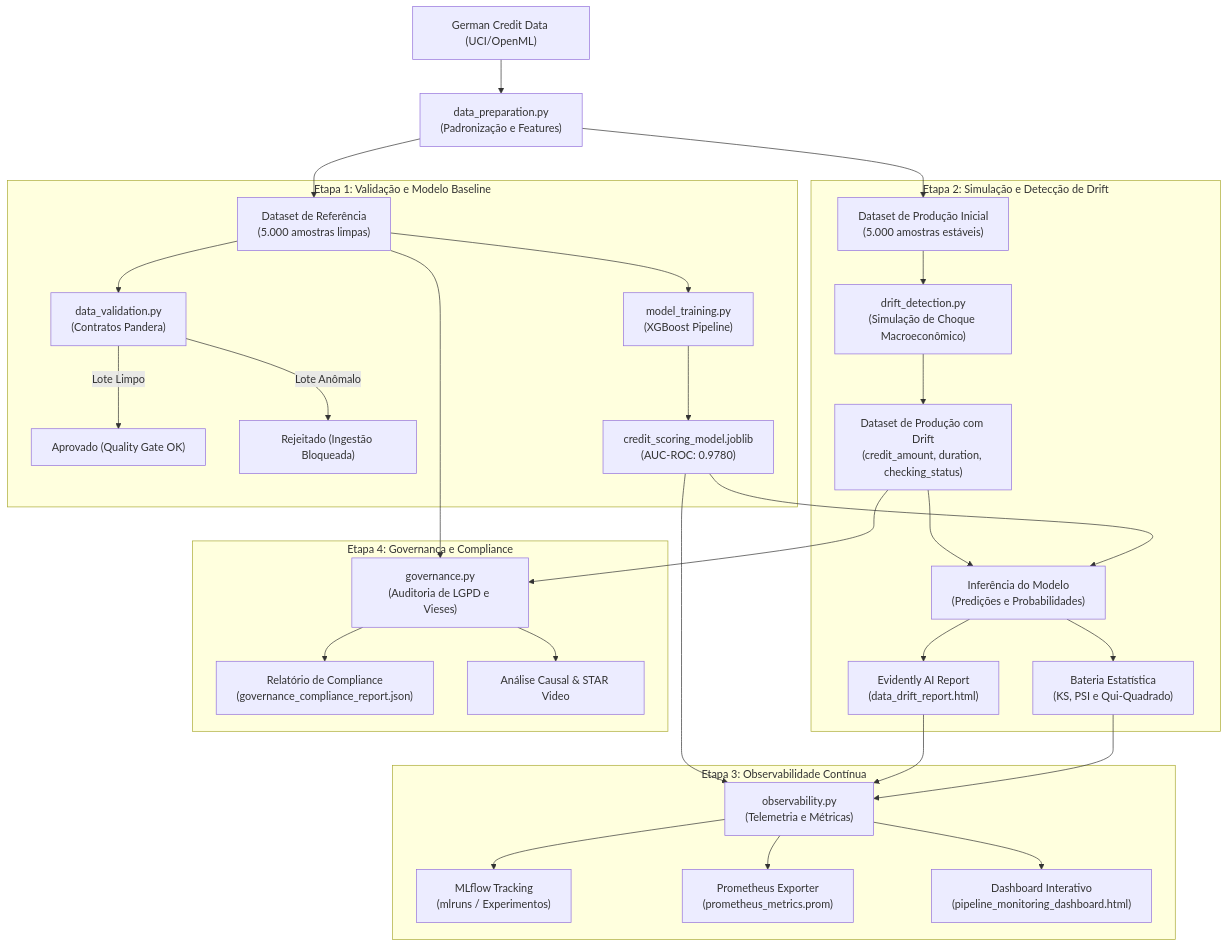
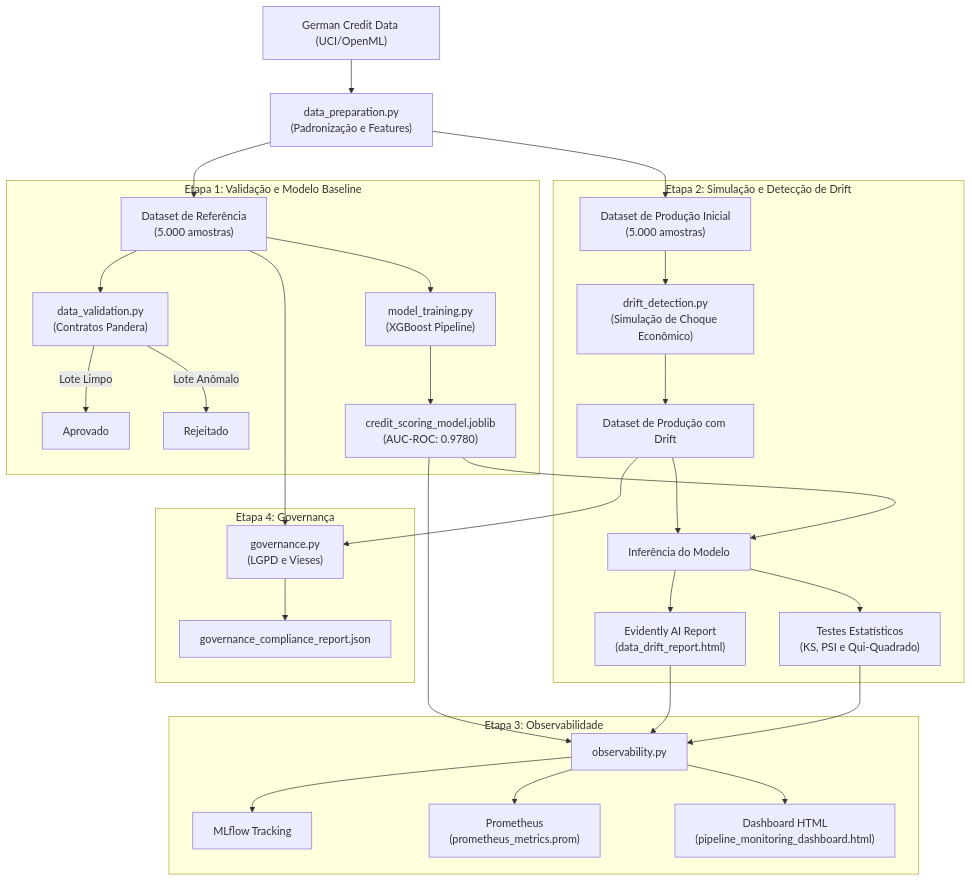
Before and after one commit to RaphaelDyorgenes/Detecao-de-Drift-e-Qualidade-de-Dados: the first of 2 diagrams in README.md, drawn with Mermaid. The commit also changed other lines of this file and 11 other files, not shown here.

````diff
--- a/README.md
+++ b/README.md
@@ -74,36 +53,35 @@
 ```mermaid
 flowchart TD
     A["German Credit Data (UCI/OpenML)"] --> B["data_preparation.py\n(Padronização e Features)"]
-    B --> C["Dataset de Referência\n(5.000 amostras limpas)"]
-    B --> D["Dataset de Produção Inicial\n(5.000 amostras estáveis)"]
-    
+    B --> C["Dataset de Referência\n(5.000 amostras)"]
+    B --> D["Dataset de Produção Inicial\n(5.000 amostras)"]
+
     subgraph ETAPA_1 ["Etapa 1: Validação e Modelo Baseline"]
         C --> E["data_validation.py\n(Contratos Pandera)"]
-        E -->|Lote Limpo| F["Aprovado (Quality Gate OK)"]
-        E -->|Lote Anômalo| G["Rejeitado (Ingestão Bloqueada)"]
+        E -->|Lote Limpo| F["Aprovado"]
+        E -->|Lote Anômalo| G["Rejeitado"]
         C --> H["model_training.py\n(XGBoost Pipeline)"]
         H --> I["credit_scoring_model.joblib\n(AUC-ROC: 0.9780)"]
     end
-    
+
     subgraph ETAPA_2 ["Etapa 2: Simulação e Detecção de Drift"]
-        D --> J["drift_detection.py\n(Simulação de Choque Macroeconômico)"]
-        J --> K["Dataset de Produção com Drift\n(credit_amount, duration, checking_status)"]
-        I --> L["Inferência do Modelo\n(Predições e Probabilidades)"]
+        D --> J["drift_detection.py\n(Simulação de Choque Econômico)"]
+        J --> K["Dataset de Produção com Drift"]
+        I --> L["Inferência do Modelo"]
         K --> L
-        L --> M["Bateria Estatística\n(KS, PSI e Qui-Quadrado)"]
+        L --> M["Testes Estatísticos\n(KS, PSI e Qui-Quadrado)"]
         L --> N["Evidently AI Report\n(data_drift_report.html)"]
     end
 
-    subgraph ETAPA_3 ["Etapa 3: Observabilidade Contínua"]
-        M & N & I --> O["observability.py\n(Telemetria e Métricas)"]
-        O --> P["MLflow Tracking\n(mlruns / Experimentos)"]
-        O --> Q["Prometheus Exporter\n(prometheus_metrics.prom)"]
-        O --> R["Dashboard Interativo\n(pipeline_monitoring_dashboard.html)"]
+    subgraph ETAPA_3 ["Etapa 3: Observabilidade"]
+        M & N & I --> O["observability.py"]
+        O --> P["MLflow Tracking"]
+        O --> Q["Prometheus\n(prometheus_metrics.prom)"]
+        O --> R["Dashboard HTML\n(pipeline_monitoring_dashboard.html)"]
     end
 
-    subgraph ETAPA_4 ["Etapa 4: Governança e Compliance"]
-        C & K --> S["governance.py\n(Auditoria de LGPD e Vieses)"]
-        S --> T["Relatório de Compliance\n(governance_compliance_report.json)"]
-        S --> U["Análise Causal & STAR Video"]
+    subgraph ETAPA_4 ["Etapa 4: Governança"]
+        C & K --> S["governance.py\n(LGPD e Vieses)"]
+        S --> T["governance_compliance_report.json"]
     end
 ```
````
